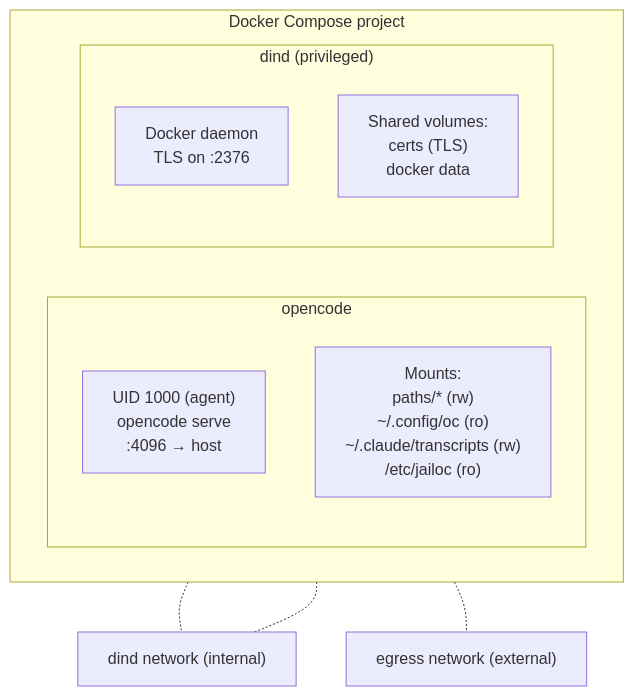
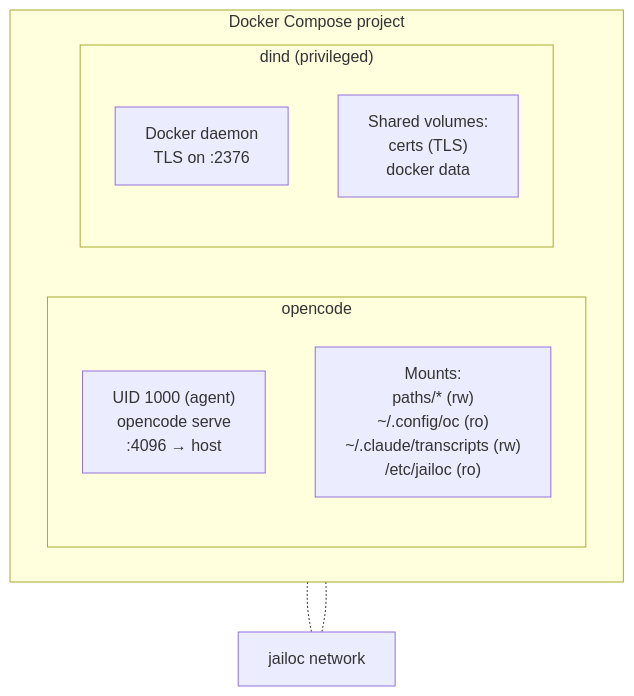
One commit to speedo17/jailoc changed the diagram in docs/explanation/container-architecture.md. Above: the diagram before and after it, drawn with Mermaid. The commit also changed other lines of this file and 4 other files, not shown here.

````diff
--- a/docs/explanation/container-architecture.md
+++ b/docs/explanation/container-architecture.md
@@ -7,20 +7,19 @@
 ```mermaid
 flowchart TB
   subgraph compose["Docker Compose project"]
     direction LR
     subgraph oc["opencode"]
       direction TB
       oc_uid["UID 1000 (agent)<br>opencode serve<br>:4096 → host"]
       oc_mounts["Mounts:<br>paths/* (rw)<br>~/.config/oc (ro)<br>~/.claude/transcripts (rw)<br>/etc/jailoc (ro)"]
     end
     subgraph dind["dind (privileged)"]
       direction TB
       dind_daemon["Docker daemon<br>TLS on :2376"]
       dind_vols["Shared volumes:<br>certs (TLS)<br>docker data"]
     end
   end
 
-  oc -.- dind_net["dind network (internal)"]
-  dind -.- dind_net
-  oc -.- egress_net["egress network (external)"]
+  oc -.- net["jailoc network"]
+    dind -.- net
 ```
````
